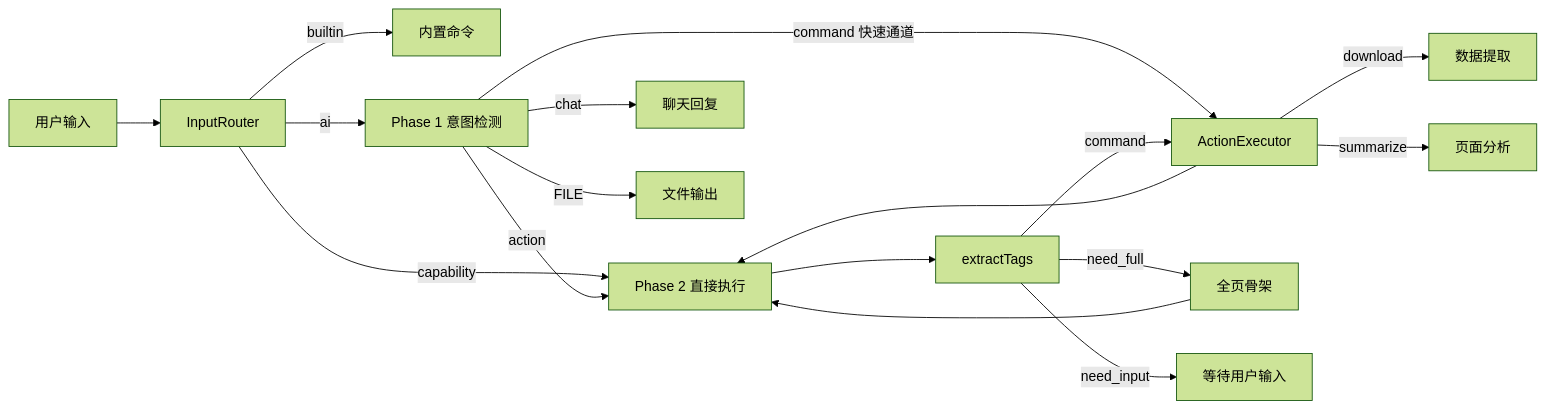
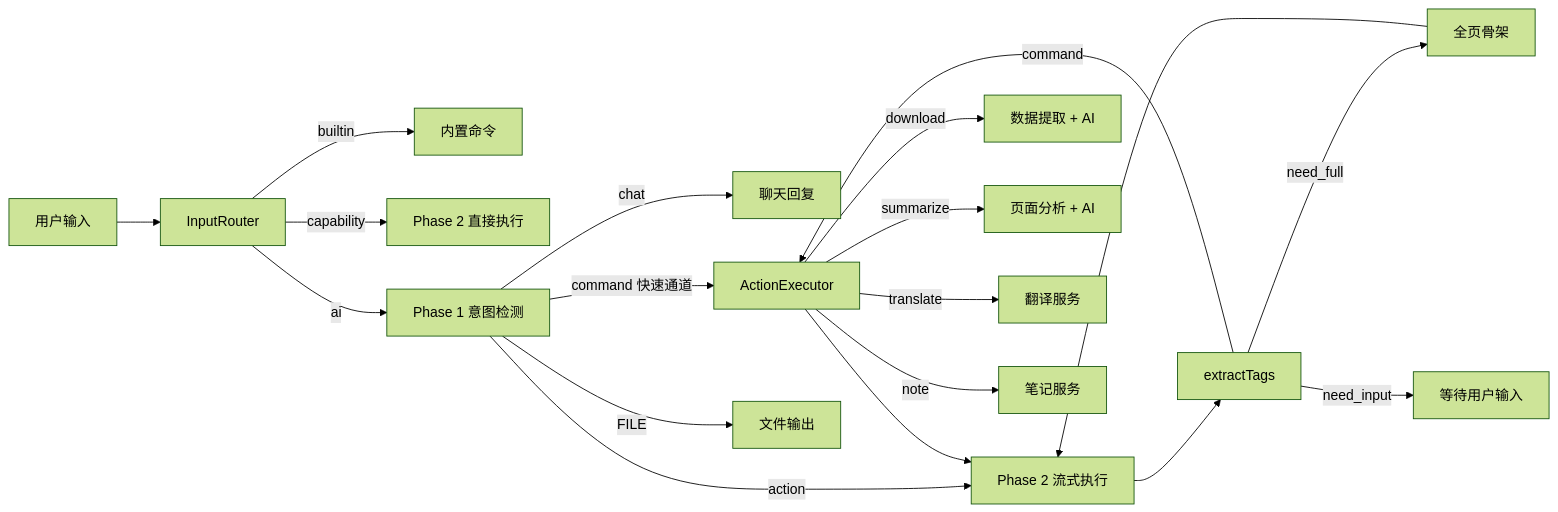
Before and after one commit to zw123zw/ai-browser: the first of 6 diagrams in docs/architecture/input-pipeline.md, drawn with Mermaid (forest theme). The commit also changed other lines of this file and 12 other files, not shown here.

````diff
--- a/docs/architecture/input-pipeline.md
+++ b/docs/architecture/input-pipeline.md
@@ -7,22 +78,24 @@
 ```mermaid
 graph LR
     Input[用户输入] --> Router[InputRouter]
     Router -->|builtin| BuiltinCmd[内置命令]
-    Router -->|capability| Phase2[Phase 2 直接执行]
+    Router -->|capability| Phase2Direct[Phase 2 直接执行]
     Router -->|ai| Phase1[Phase 1 意图检测]
 
     Phase1 -->|chat| ChatReply[聊天回复]
     Phase1 -->|command 快速通道| Executor[ActionExecutor]
-    Phase1 -->|action| Phase2
+    Phase1 -->|action| Phase2[Phase 2 流式执行]
     Phase1 -->|FILE| FileOutput[文件输出]
 
     Phase2 --> TagParser[extractTags]
     TagParser -->|command| Executor
     TagParser -->|need_full| FullSkeleton[全页骨架]
     TagParser -->|need_input| WaitInput[等待用户输入]
     FullSkeleton --> Phase2
     Executor --> Phase2
 
-    Executor -->|download| ExtractData[数据提取]
-    Executor -->|summarize| Summarize[页面分析]
+    Executor -->|download| ExtractData[数据提取 + AI]
+    Executor -->|summarize| Summarize[页面分析 + AI]
+    Executor -->|translate| Translate[翻译服务]
+    Executor -->|note| NoteService[笔记服务]
 ```
````
